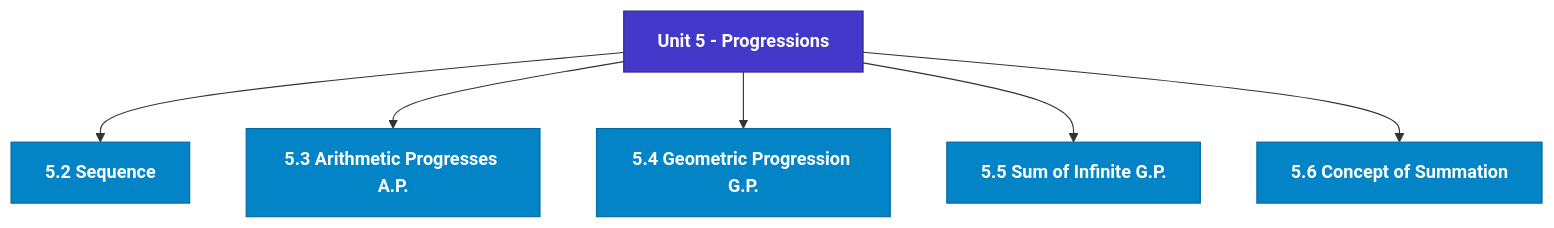
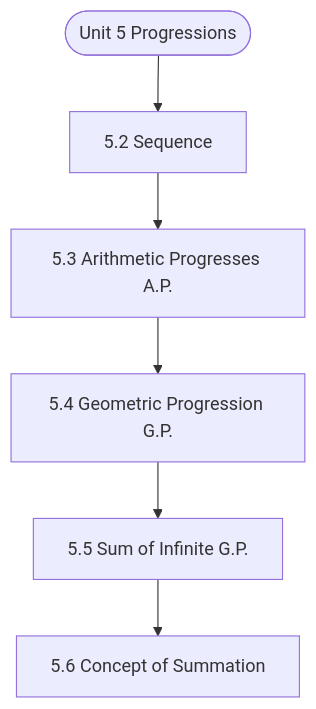
One commit to Asutosh-Coaching/mscdsa changed the diagram in notes/Semester_1/MCS-061_Mathematical_Foundations_-_I/unit_05_Progressions.md. Above: the diagram before and after it, drawn with Mermaid. The commit also changed other lines of this file and 115 other files, not shown here.

Commit message:
Fix Mermaid layout for mobile, isolate LaTeX delimiters, and add GitHub Pages reader

````diff
--- a/notes/Semester_1/MCS-061_Mathematical_Foundations_-_I/unit_05_Progressions.md
+++ b/notes/Semester_1/MCS-061_Mathematical_Foundations_-_I/unit_05_Progressions.md
@@ -19,19 +19,14 @@
 ```mermaid
 flowchart TD
-  %% Styling Definitions
-  classDef head fill:#4338ca,stroke:#312e81,color:#ffffff,font-weight:bold;
-  classDef topic fill:#0284c7,stroke:#0369a1,color:#ffffff,font-weight:600;
-  classDef sub fill:#1e293b,stroke:#475569,color:#f8fafc;
-
-  Root["Unit 5 - Progressions"]:::head
-  M1["5.2 Sequence"]:::topic
-  Root --> M1
-  M2["5.3 Arithmetic Progresses A.P."]:::topic
-  Root --> M2
-  M3["5.4 Geometric Progression G.P."]:::topic
-  Root --> M3
-  M4["5.5 Sum of Infinite G.P."]:::topic
-  Root --> M4
-  M5["5.6 Concept of Summation"]:::topic
-  Root --> M5
+  Start(["Unit 5 Progressions"])
+  N1["5.2 Sequence"]
+  N2["5.3 Arithmetic Progresses A.P."]
+  N3["5.4 Geometric Progression G.P."]
+  N4["5.5 Sum of Infinite G.P."]
+  N5["5.6 Concept of Summation"]
+  Start --> N1
+  N1 --> N2
+  N2 --> N3
+  N3 --> N4
+  N4 --> N5
 ```
````
